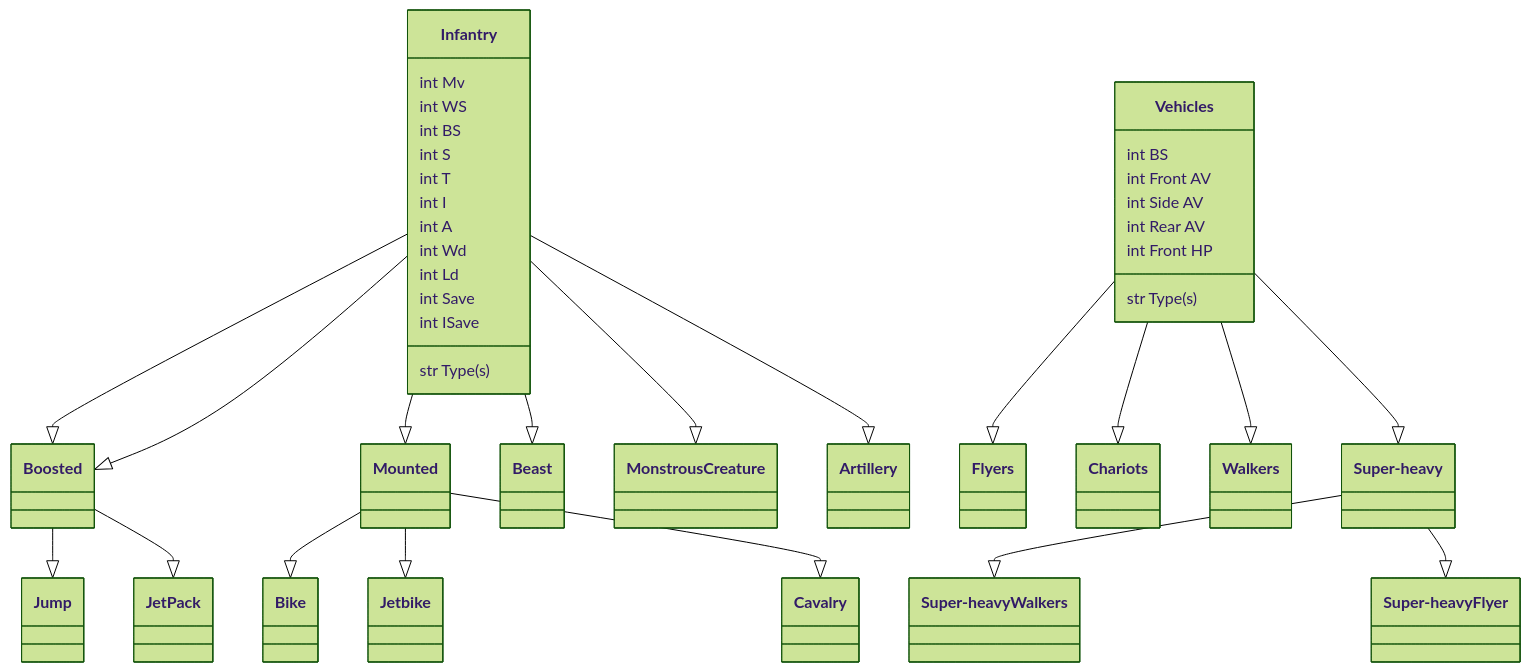
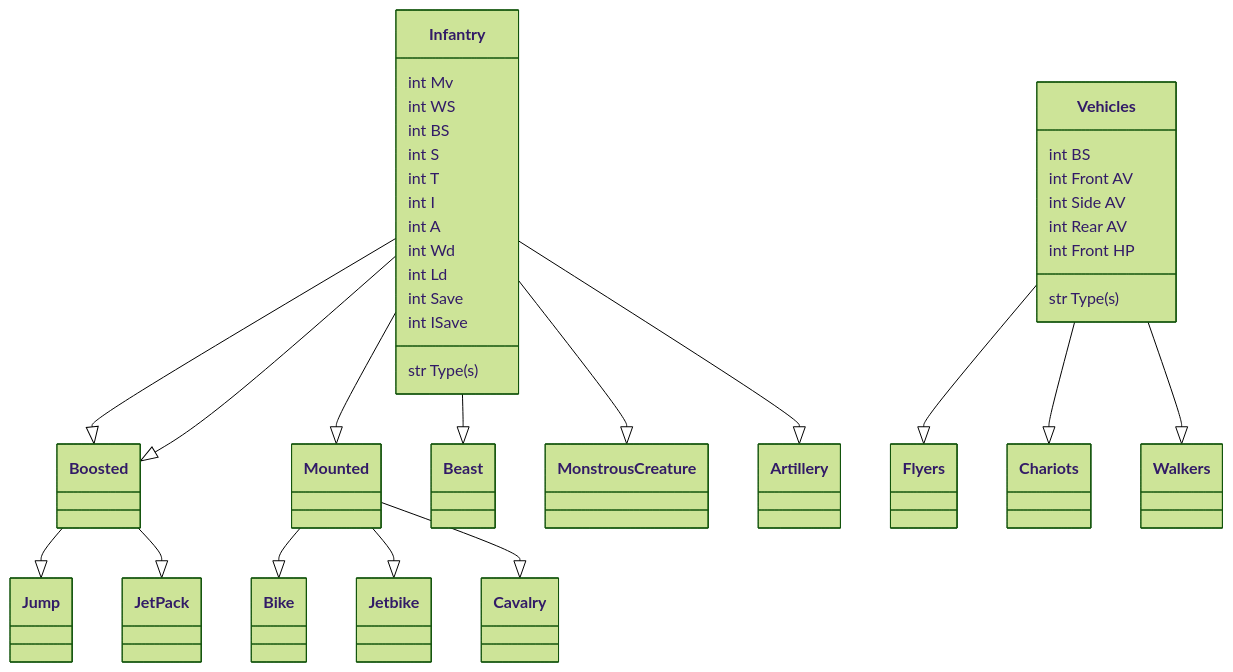
One commit to Argel-Tal/HorusHeresy-1.0-TTAdmiral changed the diagram in ReadMe.md. Above: the diagram before and after it, drawn with Mermaid (forest theme). The commit also changed other lines of this file, not shown here.

Commit message:
reduced classes

````diff
--- a/ReadMe.md
+++ b/ReadMe.md
@@ -63,38 +60,35 @@
 ```mermaid
 classDiagram
 Infantry --|> Boosted
 Infantry --|> Mounted
 Infantry --|> Beast
 Infantry --|> Boosted
 Infantry --|> Monstrous Creature
 Infantry --|> Artillery
 Boosted --|> Jump
 Boosted --|> Jet Pack
 Mounted --|> Bike
 Mounted --|> Jetbike
 Mounted --|> Cavalry
 Vehicles --|> Flyers
 Vehicles --|> Chariots
 Vehicles --|> Walkers
-Vehicles --|> Super-heavy
-Super-heavy --|> Super-heavy Walkers
-Super-heavy --|> Super-heavy Flyer
 Infantry : int Mv
 Infantry : int WS
 Infantry : int BS
 Infantry : int S
 Infantry : int T
 Infantry : int I
 Infantry : int A
 Infantry : int Wd
 Infantry : int Ld
 Infantry : int Save
 Infantry : int ISave
 Infantry : str Type(s)
 Vehicles : int BS
 Vehicles : int Front AV
 Vehicles : int Side AV
 Vehicles : int Rear AV
 Vehicles : int Front HP
 Vehicles : str Type(s)
 ```
````
